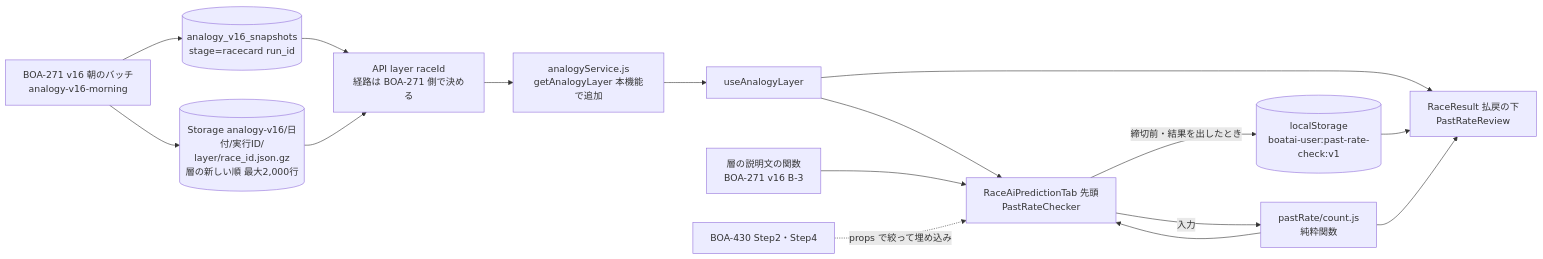
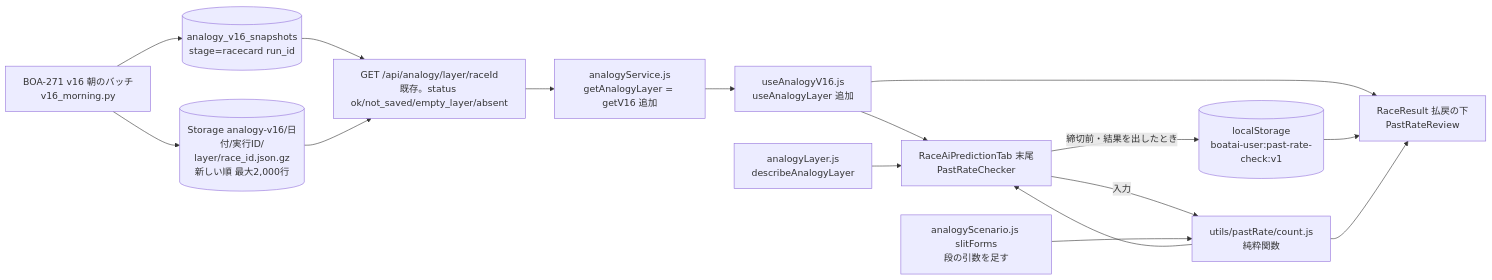
The first of 2 diagrams in docs/design/past-rate-check/plan.md (rhapsody0919/boatrace-ai-predictor), drawn with Mermaid before and after one commit. The commit also changed other lines of this file and 3 other files, not shown here.

Commit message:
docs: BOA-635 plan・tasks・ADR-0081 を v16 の layer API とオーナー決定に合わせて書き直す

````diff
--- a/docs/design/past-rate-check/plan.md
+++ b/docs/design/past-rate-check/plan.md
@@ -7,18 +7,18 @@
 ```mermaid
 flowchart LR
-  BATCH[BOA-271 v16 朝のバッチ<br/>analogy-v16-morning] --> LF[(Storage analogy-v16/日付/実行ID/<br/>layer/race_id.json.gz<br/>層の新しい順 最大2,000行)]
+  BATCH[BOA-271 v16 朝のバッチ<br/>v16_morning.py] --> LF[(Storage analogy-v16/日付/実行ID/<br/>layer/race_id.json.gz<br/>新しい順 最大2,000行)]
   BATCH --> SN[(analogy_v16_snapshots<br/>stage=racecard run_id)]
-  SN --> API[API layer raceId<br/>経路は BOA-271 側で決める]
+  SN --> API[GET /api/analogy/layer/raceId<br/>既存。status ok/not_saved/empty_layer/absent]
   LF --> API
-  API --> SV[analogyService.js<br/>getAnalogyLayer 本機能で追加]
-  SV --> HK[useAnalogyLayer]
-  HK --> AI[RaceAiPredictionTab 先頭<br/>PastRateChecker]
+  API --> SV[analogyService.js<br/>getAnalogyLayer = getV16 追加]
+  SV --> HK[useAnalogyV16.js<br/>useAnalogyLayer 追加]
+  HK --> AI[RaceAiPredictionTab 末尾<br/>PastRateChecker]
   HK --> RR[RaceResult 払戻の下<br/>PastRateReview]
-  AI -->|入力| CT[pastRate/count.js<br/>純粋関数]
+  AI -->|入力| CT[utils/pastRate/count.js<br/>純粋関数]
+  SF[analogyScenario.js slitForms<br/>段の引数を足す] --> CT
   CT --> AI
   AI -->|締切前・結果を出したとき| LS[(localStorage<br/>boatai-user:past-rate-check:v1)]
   LS --> RR
   CT --> RR
-  RE[層の説明文の関数<br/>BOA-271 v16 B-3] --> AI
-  B430[BOA-430 Step2・Step4] -.props で絞って埋め込み.-> AI
+  DL[analogyLayer.js<br/>describeAnalogyLayer] --> AI
 ```
````
